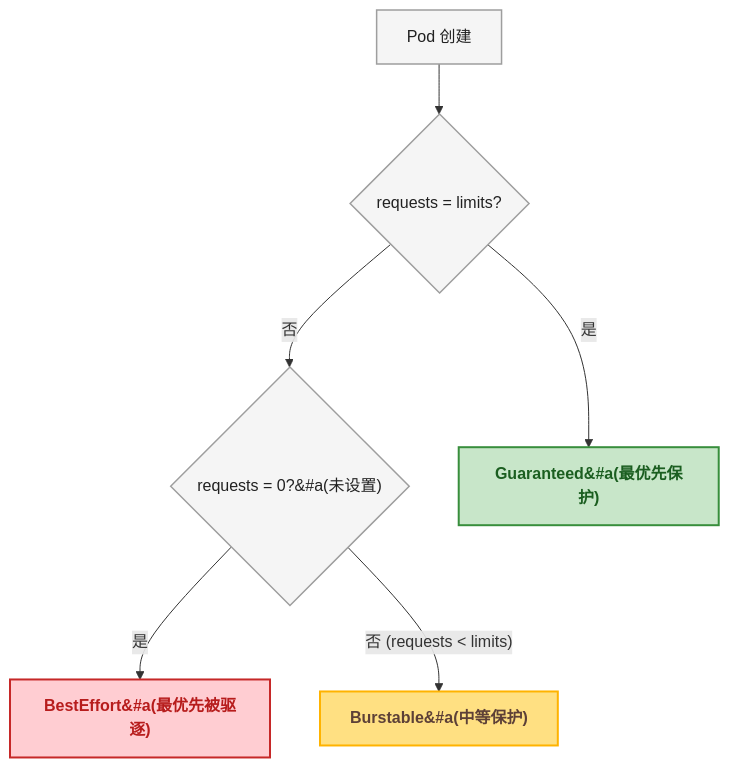
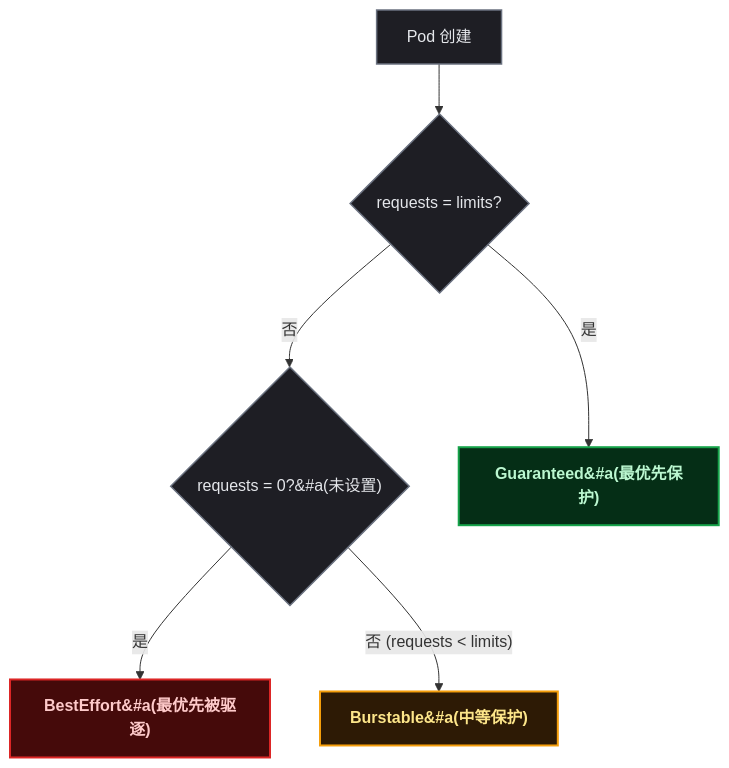
Before and after one commit to yaocat55/yaocat55.github.io: the third of 5 diagrams in content/posts/kubernetes/PodSurvivalGuide.md, drawn with Mermaid. The commit also changed other lines of this file and 155 other files, not shown here.

````diff
--- a/content/posts/kubernetes/PodSurvivalGuide.md
+++ b/content/posts/kubernetes/PodSurvivalGuide.md
@@ -265,27 +265,27 @@
 ```mermaid
 flowchart TD
   CHECK["Pod 创建"]
   Q1{"requests = limits?"}
   Q2{"requests = 0?&#a(未设置)"}
   G["Guaranteed&#a(最优先保护)"]
   B["Burstable&#a(中等保护)"]
   BE["BestEffort&#a(最优先被驱逐)"]
 
   CHECK --> Q1
   Q1 -->|"是"| G
   Q1 -->|"否"| Q2
   Q2 -->|"是"| BE
   Q2 -->|"否 (requests &lt; limits)"| B
 
-  classDef guaranteed fill:#C8E6C9,stroke:#388E3C,stroke-width:2px,color:#1B5E20,font-weight:bold
+classDef guaranteed fill:#052e16,stroke:#16a34a,stroke-width:2px,color:#bbf7d0,font-weight:bold;
   class G guaranteed
 
-  classDef burstable fill:#FFE082,stroke:#FFB300,stroke-width:2px,color:#5D4037,font-weight:bold
+classDef burstable fill:#2d1a05,stroke:#f59e0b,stroke-width:2px,color:#fde68a,font-weight:bold;
   class B burstable
 
-  classDef besteffort fill:#FFCDD2,stroke:#C62828,stroke-width:2px,color:#B71C1C,font-weight:bold
+classDef besteffort fill:#450a0a,stroke:#dc2626,stroke-width:2px,color:#fecaca,font-weight:bold;
   class BE besteffort
 
-  classDef check fill:#F5F5F5,stroke:#9E9E9E,stroke-width:1.5px,color:#212121
+classDef check fill:#1e1e24,stroke:#6b7280,stroke-width:1.5px,color:#e5e7eb;
   class CHECK,Q1,Q2 check
 ```
````
